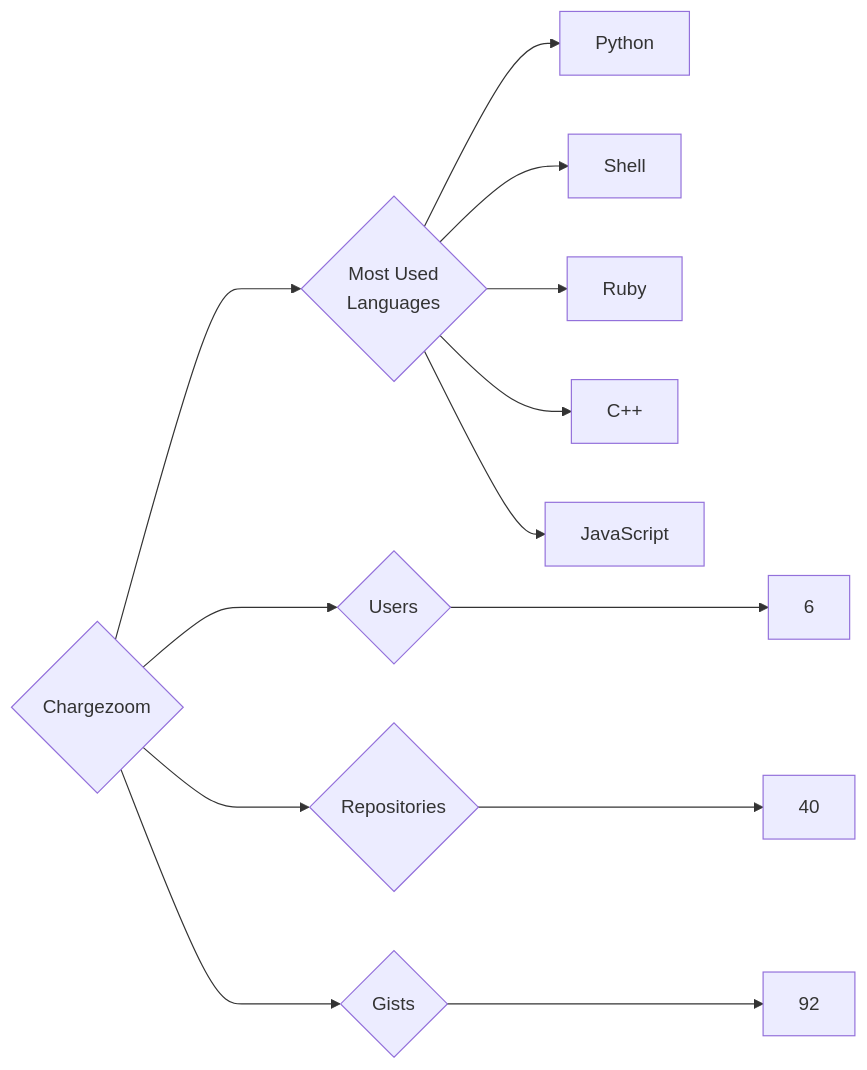
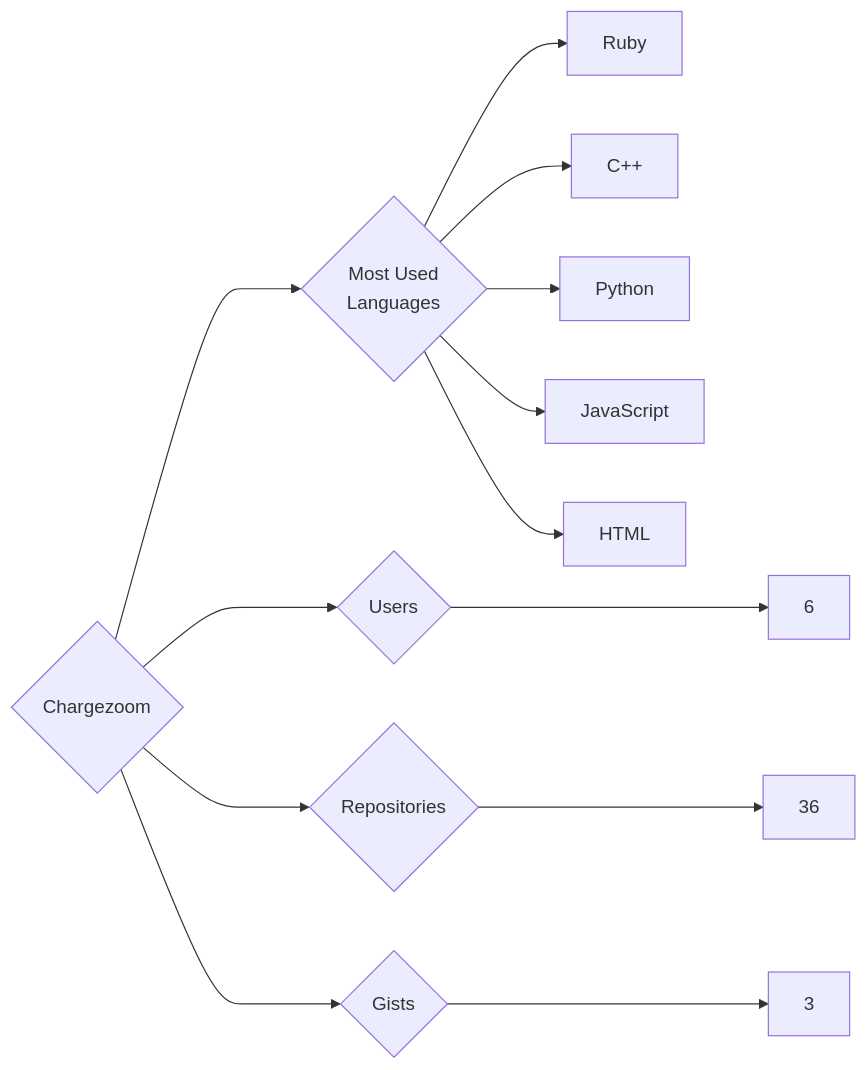
The diagram in targets/Chargezoom/README.md (trickest/insiders), drawn with Mermaid before and after one commit. The commit also changed 1084 other files, not shown here.

````diff
--- a/targets/Chargezoom/README.md
+++ b/targets/Chargezoom/README.md
@@ -3,13 +3,13 @@
 ```mermaid
 graph LR
 COMPANY_NAME{Chargezoom}
 COMPANY_NAME ---> U{Users} ---> UN[6]
-COMPANY_NAME ---> R{Repositories} ---> RN[40]
-COMPANY_NAME ---> G{Gists} ---> GN[92]
+COMPANY_NAME ---> R{Repositories} ---> RN[36]
+COMPANY_NAME ---> G{Gists} ---> GN[3]
 COMPANY_NAME ---> ML{Most Used<br>Languages}
-ML --> Python[Python]
-ML --> Shell[Shell]
 ML --> Ruby[Ruby]
 ML --> C++[C++]
+ML --> Python[Python]
 ML --> JavaScript[JavaScript]
+ML --> HTML[HTML]
 ```
````
